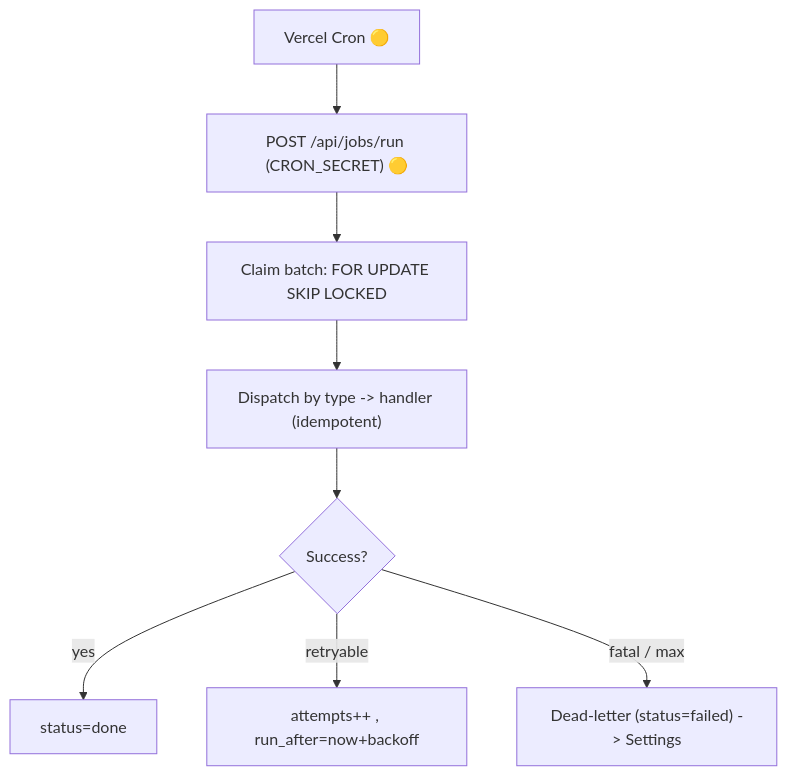
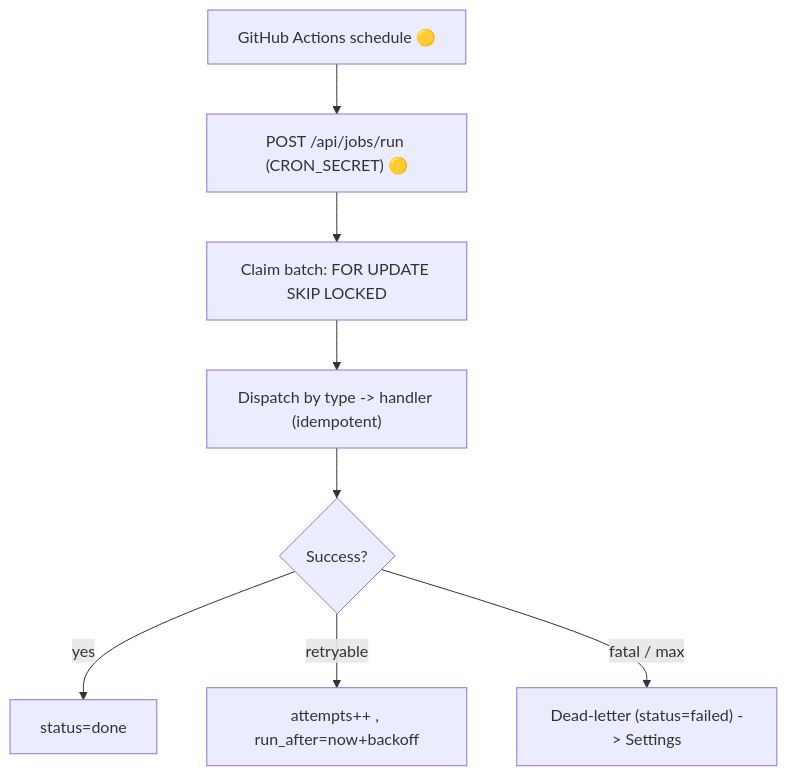
One commit to ChaturvediShivam/shivam-portfolio changed the seventh of 15 diagrams in docs/architecture/DATA_FLOW.md. Above: the diagram before and after it, drawn with Mermaid. The commit also changed other lines of this file and 11 other files, not shown here.

First line of the commit message:
fix(deploy): remove the unsupported Vercel Cron entry

````diff
--- a/docs/architecture/DATA_FLOW.md
+++ b/docs/architecture/DATA_FLOW.md
@@ -280,10 +280,10 @@
 ```mermaid
 flowchart TD
-  CRON["Vercel Cron 🟡"] --> RUN["POST /api/jobs/run (CRON_SECRET) 🟡"]
+  CRON["GitHub Actions schedule 🟡"] --> RUN["POST /api/jobs/run (CRON_SECRET) 🟡"]
   RUN --> CLAIM["Claim batch: FOR UPDATE SKIP LOCKED"]
   CLAIM --> DISP["Dispatch by type -> handler (idempotent)"]
   DISP --> OK{Success?}
   OK -- yes --> DONE["status=done"]
   OK -- retryable --> BACK["attempts++ , run_after=now+backoff"]
   OK -- fatal / max --> DL["Dead-letter (status=failed) -> Settings"]
 ```
````
